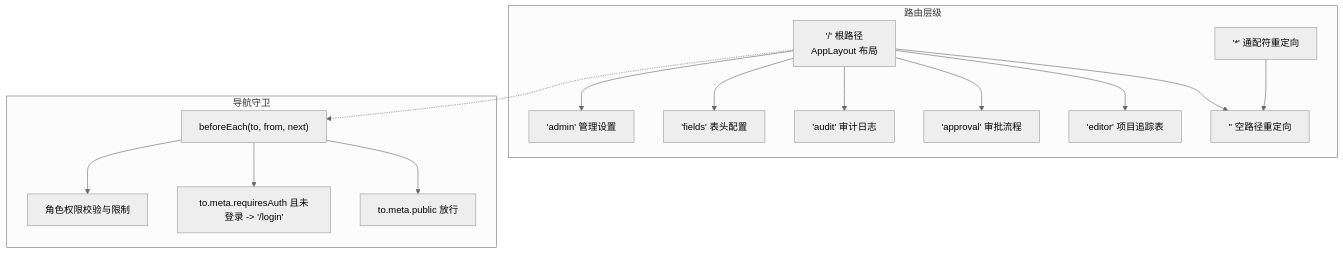
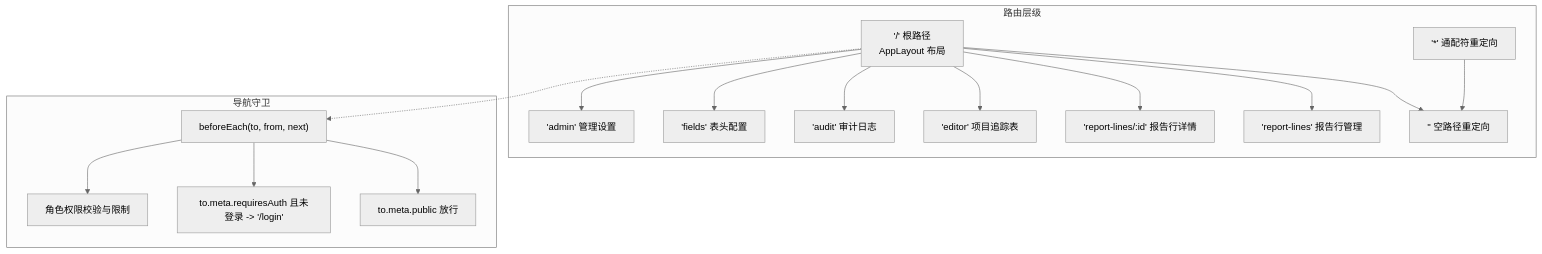
Before and after one commit to marcelxu0272/202605_project-tracking-table: the second of 8 diagrams in .qoder/repowiki/zh/content/前端架构/路由系统.md, drawn with Mermaid (neutral theme). The commit also changed other lines of this file and 15 other files, not shown here.

````diff
--- a/.qoder/repowiki/zh/content/前端架构/路由系统.md
+++ b/.qoder/repowiki/zh/content/前端架构/路由系统.md
@@ -75,18 +93,19 @@
 ```mermaid
 graph TB
 subgraph "路由层级"
 Root["'/' 根路径<br/>AppLayout 布局"] --> Home["'' 空路径重定向"]
+Root --> ReportLines["'report-lines' 报告行管理"]
+Root --> ReportDetail["'report-lines/:id' 报告行详情"]
 Root --> Editor["'editor' 项目追踪表"]
-Root --> Approval["'approval' 审批流程"]
 Root --> Audit["'audit' 审计日志"]
 Root --> Fields["'fields' 表头配置"]
 Root --> Admin["'admin' 管理设置"]
 Wildcard["'*' 通配符重定向"] --> Home
 end
 subgraph "导航守卫"
 Guard["beforeEach(to, from, next)"] --> Public["to.meta.public 放行"]
 Guard --> Auth["to.meta.requiresAuth 且未登录 -> '/login'"]
 Guard --> RoleCheck["角色权限校验与限制"]
 end
 Root -.-> Guard
 ```
````
